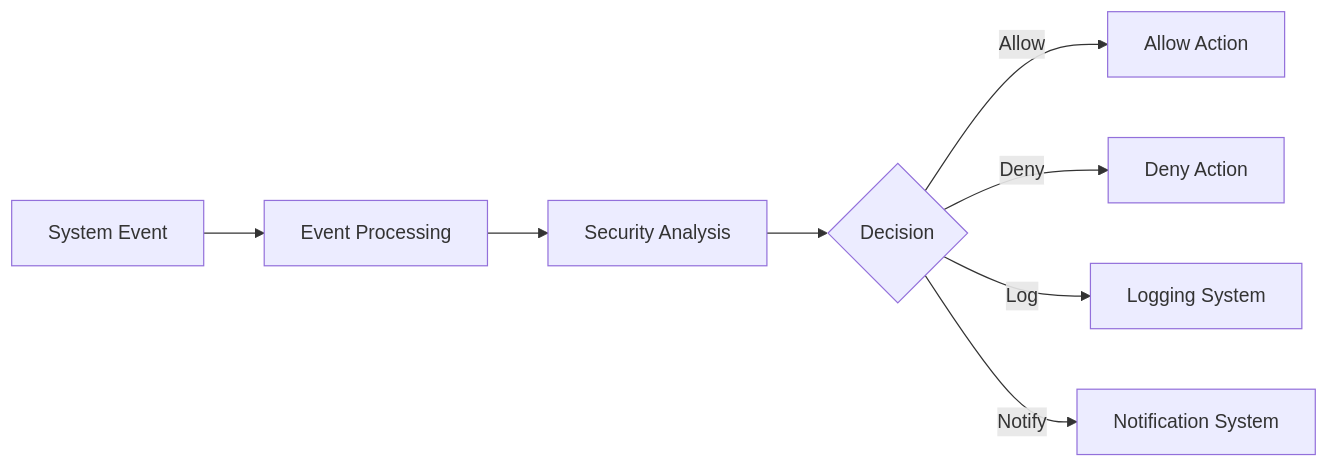
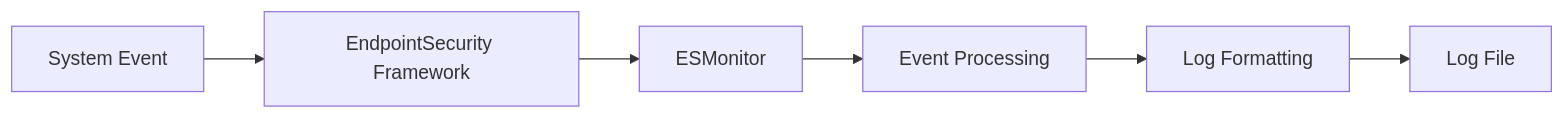
Before and after one commit to anubhavg-icpl/EndpointSecurityDemo: the fourth of 4 diagrams in DOCS/Architecture.md, drawn with Mermaid. The commit also changed other lines of this file and 4 other files, not shown here.

Commit message:
Refactor architecture documentation and introduce ESMonitor class for event handling

````diff
--- a/DOCS/Architecture.md
+++ b/DOCS/Architecture.md
@@ -110,10 +117,8 @@
 ```mermaid
 flowchart LR
-    Event[System Event] --> Processing[Event Processing]
-    Processing --> Analysis[Security Analysis]
-    Analysis --> Decision{Decision}
-    Decision -- Allow --> AllowAction[Allow Action]
-    Decision -- Deny --> DenyAction[Deny Action]
-    Decision -- Log --> LoggingSystem[Logging System]
-    Decision -- Notify --> NotificationSystem[Notification System]
+    Event[System Event] --> ESFramework[EndpointSecurity Framework]
+    ESFramework --> ESMonitor[ESMonitor]
+    ESMonitor --> EventProcessing[Event Processing]
+    EventProcessing --> LogFormatting[Log Formatting]
+    LogFormatting --> LogFile[Log File]
 ```
````
